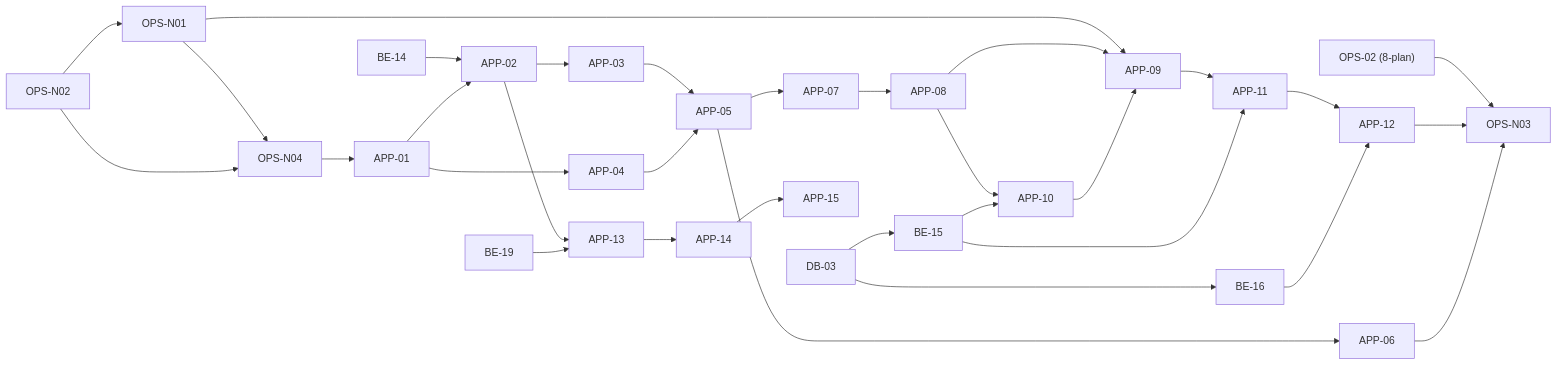
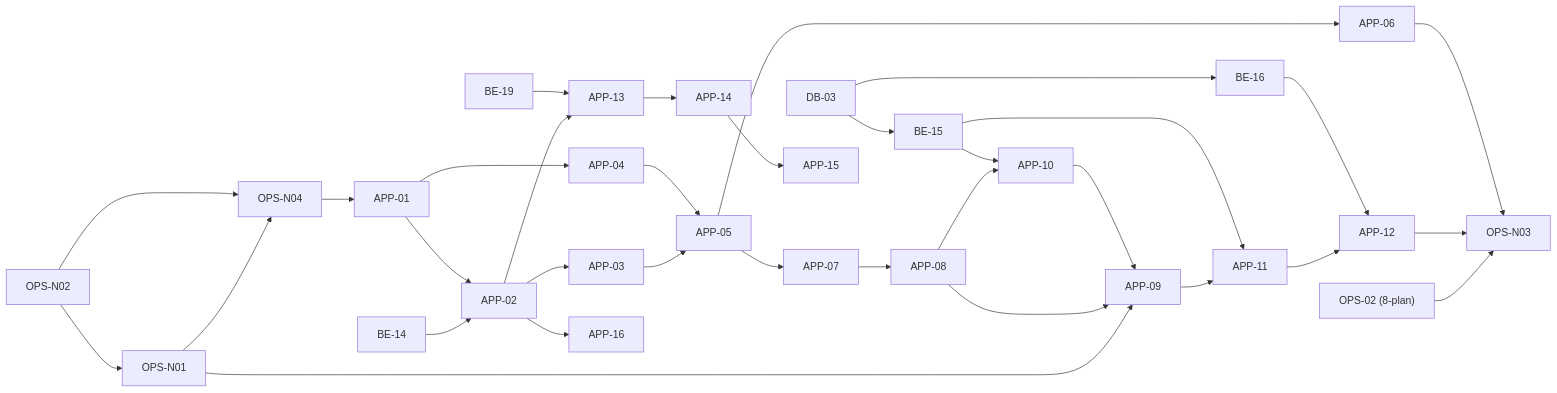
Before and after one commit to hyunboee/drop_app: the diagram in docs/12-native-plan.md, drawn with Mermaid. The commit also changed other lines of this file and 4 other files, not shown here.

Commit message:
docs: Google 로그인(FR-N16), 앱 자체 업데이트, ERD 1.8 반영

````diff
--- a/docs/12-native-plan.md
+++ b/docs/12-native-plan.md
@@ -77,34 +78,35 @@
 ```mermaid
 flowchart LR
   OPS02["OPS-02 (8-plan)"] --> OPSN03
   OPSN02["OPS-N02"] --> OPSN01["OPS-N01"]
   OPSN01 --> OPSN04["OPS-N04"]
   OPSN02 --> OPSN04
   OPSN04 --> APP01["APP-01"]
   OPSN01 --> APP09
   DB03["DB-03"] --> BE15["BE-15"]
   DB03 --> BE16["BE-16"]
   BE14["BE-14"] --> APP02["APP-02"]
   APP01 --> APP02
   APP01 --> APP04["APP-04"]
   APP02 --> APP03["APP-03"]
   APP03 --> APP05["APP-05"]
   APP04 --> APP05
   APP05 --> APP06["APP-06"]
   APP05 --> APP07["APP-07"]
   APP07 --> APP08["APP-08"]
   APP08 --> APP10["APP-10"]
   BE15 --> APP10
   APP08 --> APP09["APP-09"]
   APP10 --> APP09
   APP09 --> APP11["APP-11"]
   BE15 --> APP11
   APP11 --> APP12["APP-12"]
   APP02 --> APP13["APP-13"]
   BE19["BE-19"] --> APP13
   APP13 --> APP14["APP-14"]
   APP14 --> APP15["APP-15"]
+  APP02 --> APP16["APP-16"]
   BE16 --> APP12
   APP12 --> OPSN03["OPS-N03"]
   APP06 --> OPSN03
 ```
````
